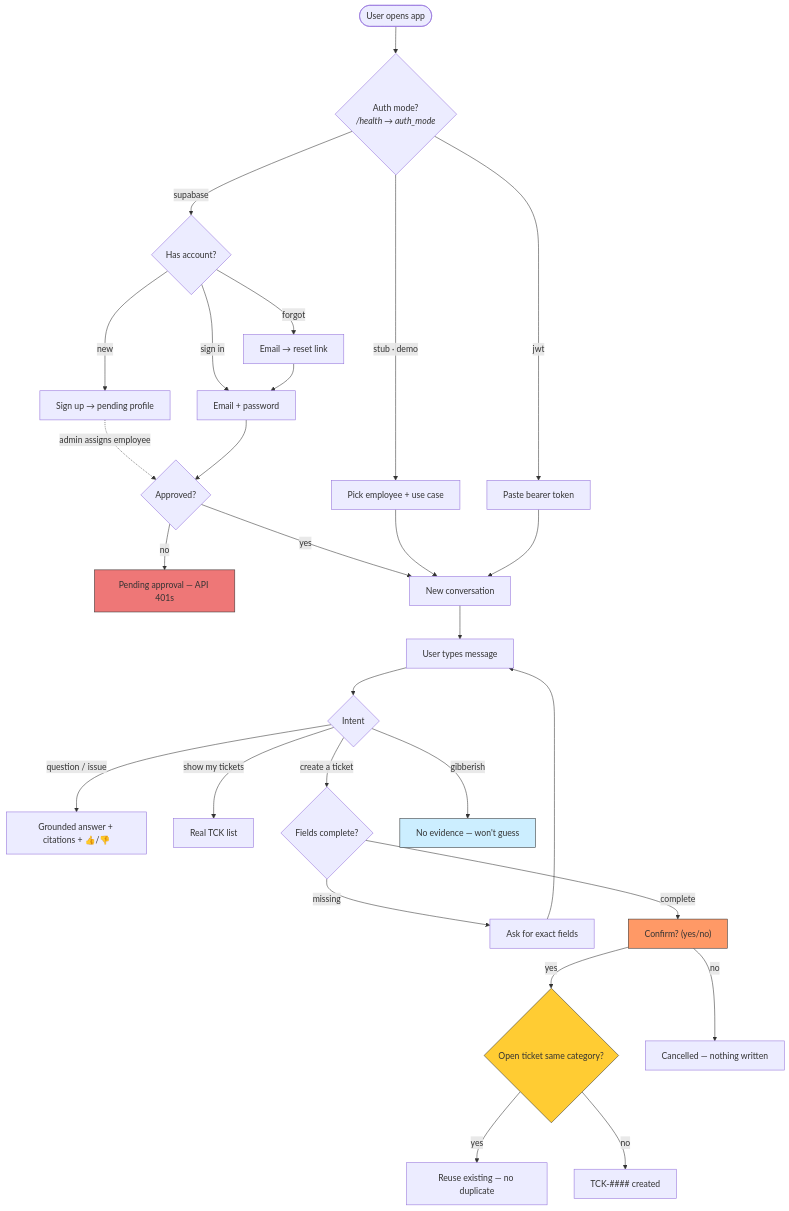
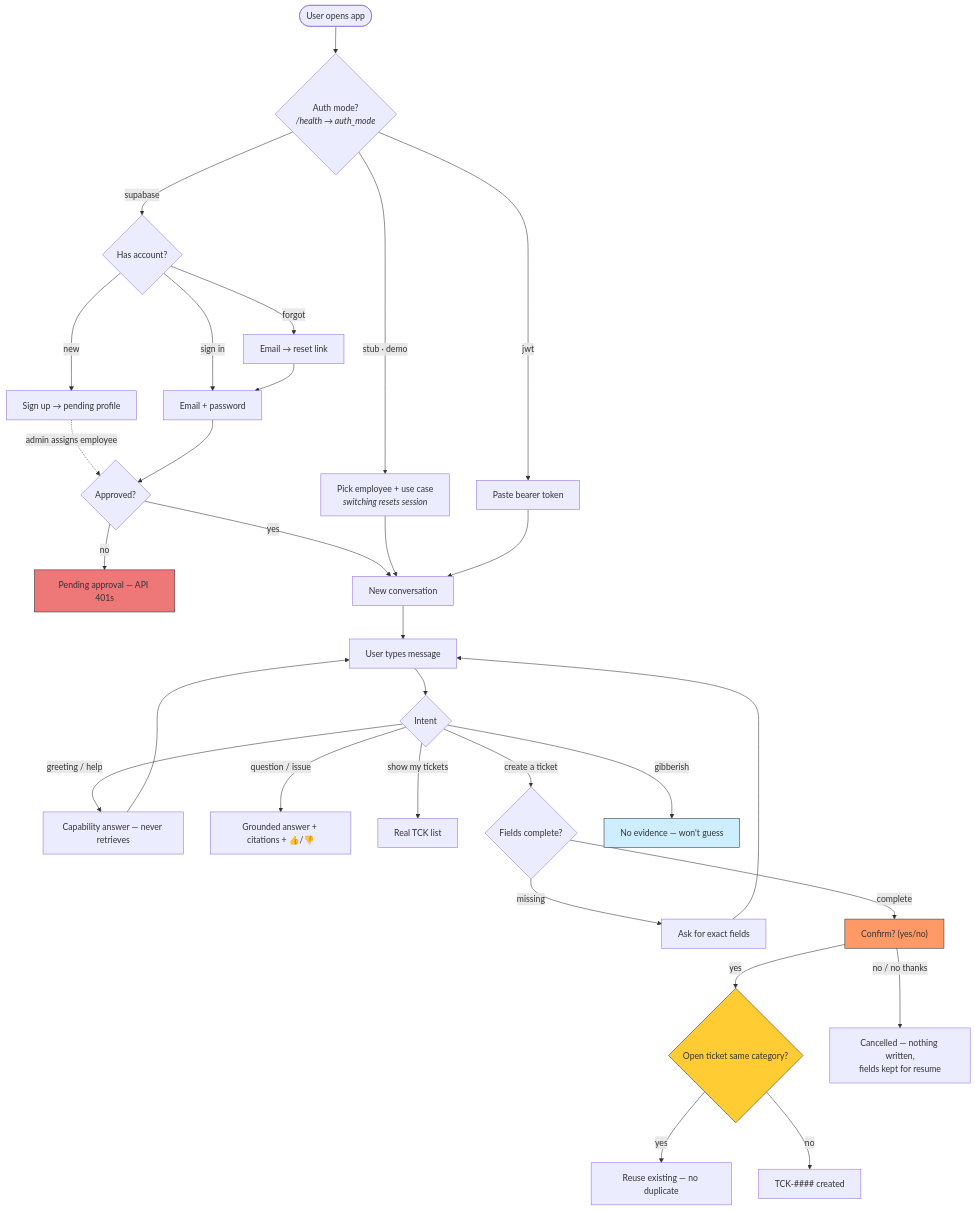
The diagram in README.md (abhishekthatguy/regintel-ai), drawn with Mermaid before and after one commit. The commit also changed other lines of this file, not shown here.

First line of the commit message:
README: .env.local secret flow + current behaviour

````diff
--- a/README.md
+++ b/README.md
@@ -137,32 +142,34 @@
 ```mermaid
 flowchart TD
     U([User opens app]) --> MODE{"Auth mode?<br/><i>/health → auth_mode</i>"}
-    MODE -->|"stub · demo"| PICK["Pick employee + use case"]
+    MODE -->|"stub · demo"| PICK["Pick employee + use case<br/><i>switching resets session</i>"]
     MODE -->|"jwt"| TOK["Paste bearer token"]
     MODE -->|"supabase"| AUTHUI{"Has account?"}
     AUTHUI -->|"sign in"| SIGNIN["Email + password"]
     AUTHUI -->|"new"| SIGNUP["Sign up → pending profile"]
     AUTHUI -->|"forgot"| FORGOT["Email → reset link"]
     FORGOT --> SIGNIN
     SIGNUP -.->|"admin assigns employee"| APPROVED
     SIGNIN --> APPROVED{"Approved?"}
     APPROVED -->|"no"| BLOCKED["Pending approval — API 401s"]
     APPROVED -->|"yes"| CHAT
     PICK --> CHAT
     TOK --> CHAT
     CHAT["New conversation"] --> MSG["User types message"] --> CLS{"Intent"}
+    CLS -->|"greeting / help"| GREET["Capability answer — never retrieves"]
+    GREET --> MSG
     CLS -->|"question / issue"| KA["Grounded answer + citations + 👍/👎"]
     CLS -->|"show my tickets"| TL["Real TCK list"]
     CLS -->|"create a ticket"| MISS{"Fields complete?"}
     MISS -->|"missing"| ASK["Ask for exact fields"] --> MSG
     MISS -->|"complete"| CONFIRM["Confirm? (yes/no)"]
     CONFIRM -->|"yes"| DEDUP{"Open ticket same category?"}
     DEDUP -->|"yes"| REUSE["Reuse existing — no duplicate"]
     DEDUP -->|"no"| CREATE["TCK-#### created"]
-    CONFIRM -->|"no"| CANCEL["Cancelled — nothing written"]
+    CONFIRM -->|"no / no thanks"| CANCEL["Cancelled — nothing written,<br/>fields kept for resume"]
     CLS -->|"gibberish"| HONEST["No evidence — won't guess"]
     style CONFIRM fill:#f96,stroke:#333
     style DEDUP fill:#fc3,stroke:#333
     style BLOCKED fill:#e77,stroke:#333
     style HONEST fill:#cef,stroke:#333
 ```
````
